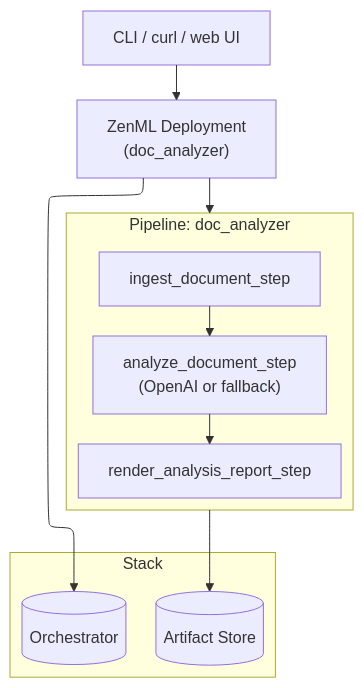
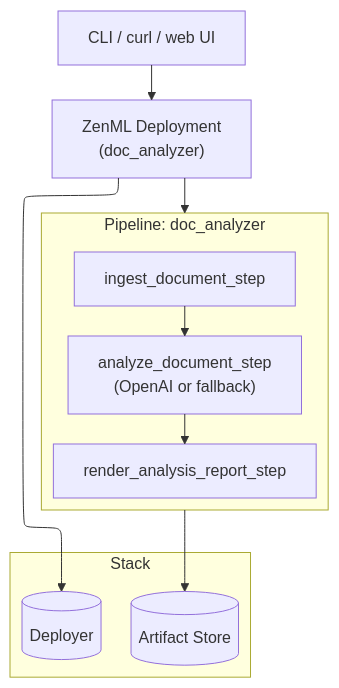
Before and after one commit to zenml-io/zenml: the first of 3 diagrams in docs/book/getting-started/your-first-ai-pipeline.md, drawn with Mermaid.

Commit message:
Update orchestrator to deployer in stack diagram

````diff
--- a/docs/book/getting-started/your-first-ai-pipeline.md
+++ b/docs/book/getting-started/your-first-ai-pipeline.md
@@ -35,26 +35,26 @@
 ```mermaid
 ---
 config:
   layout: elk
   theme: mc
 ---
 flowchart TB
   U["CLI / curl / web UI"] --> D["ZenML Deployment<br/>(doc_analyzer)"]
 
   subgraph PIPE["Pipeline: doc_analyzer"]
     I["ingest_document_step"]
     A["analyze_document_step<br/>(OpenAI or fallback)"]
     R["render_analysis_report_step"]
     I --> A --> R
   end
 
   D --> PIPE
 
   subgraph STACK["Stack"]
-    OR[("Orchestrator")]
+    OR[("Deployer")]
     AR[("Artifact Store")]
   end
 
   PIPE --> AR
   D --> OR
 ```
````
